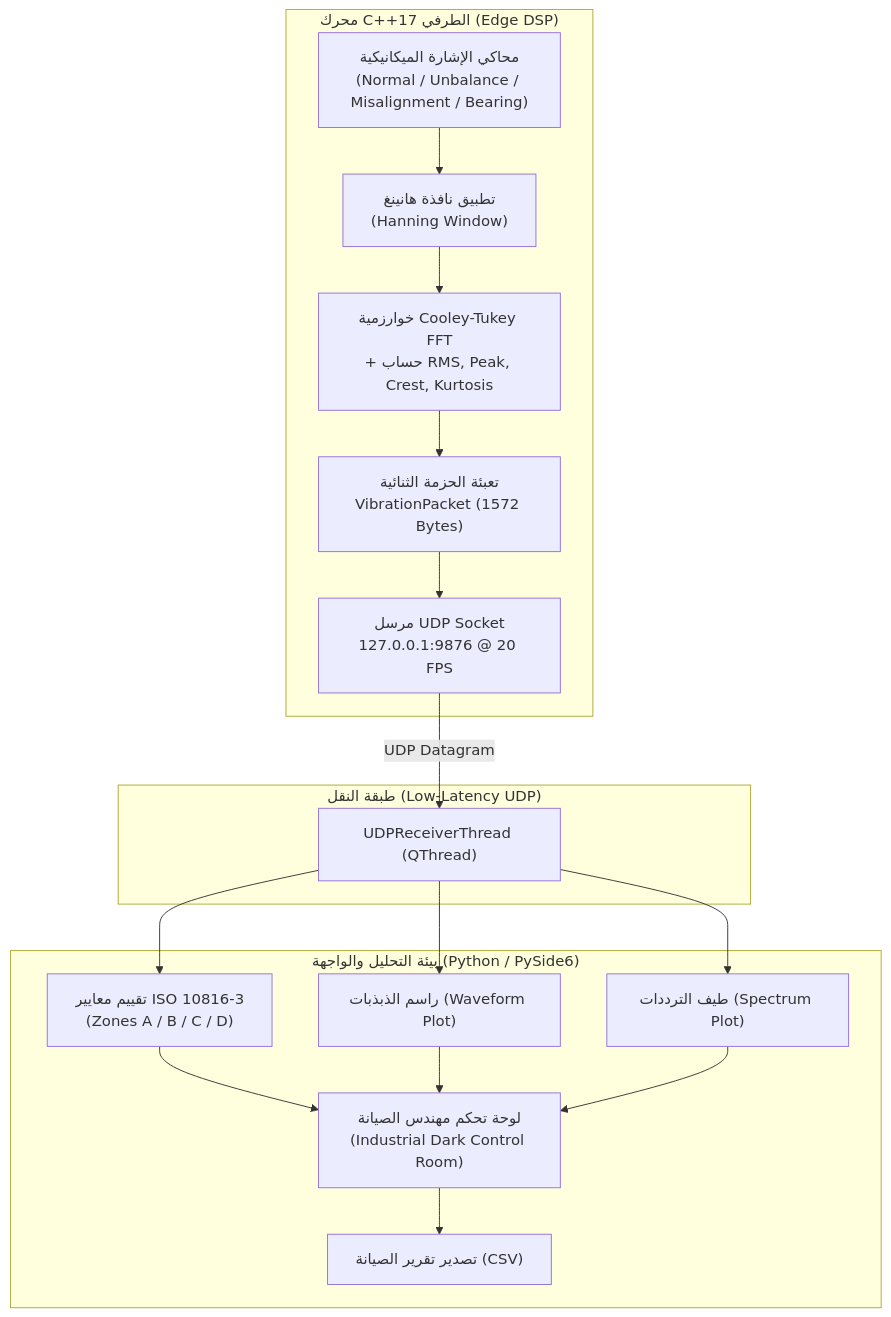
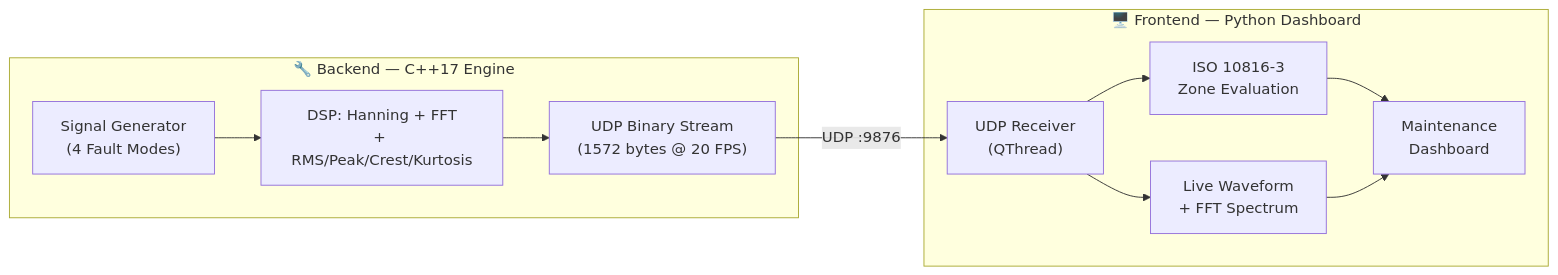
Before and after one commit to AOUEDidris/MechPulse: the diagram in README.md, drawn with Mermaid. The commit also changed other lines of this file and 45 other files, not shown here.

Commit message:
refactor: simplify MechPulse architecture into clean backend and frontend structure

````diff
--- a/README.md
+++ b/README.md
@@ -66,23 +55,16 @@
 ```mermaid
-flowchart TD
-    subgraph Edge ["محرك C++17 الطرفي (Edge DSP)"]
-        S["محاكي الإشارة الميكانيكية<br/>(Normal / Unbalance / Misalignment / Bearing)"] --> W["تطبيق نافذة هانينغ<br/>(Hanning Window)"]
-        W --> F["خوارزمية Cooley-Tukey FFT<br/>+ حساب RMS, Peak, Crest, Kurtosis"]
-        F --> P["تعبئة الحزمة الثنائية<br/>VibrationPacket (1572 Bytes)"]
-        P --> U["مرسل UDP Socket<br/>127.0.0.1:9876 @ 20 FPS"]
+flowchart LR
+    subgraph Backend ["🔧 Backend — C++17 Engine"]
+        A["Signal Generator<br/>(4 Fault Modes)"] --> B["DSP: Hanning + FFT<br/>+ RMS/Peak/Crest/Kurtosis"]
+        B --> C["UDP Binary Stream<br/>(1572 bytes @ 20 FPS)"]
     end
 
-    subgraph Network ["طبقة النقل (Low-Latency UDP)"]
-        U -->|UDP Datagram| R["UDPReceiverThread (QThread)"]
-    end
+    C -->|"UDP :9876"| D
 
-    subgraph Dashboard ["بيئة التحليل والواجهة (Python / PySide6)"]
-        R --> E["تقييم معايير ISO 10816-3<br/>(Zones A / B / C / D)"]
-        R --> PL1["راسم الذبذبات (Waveform Plot)"]
-        R --> PL2["طيف الترددات (Spectrum Plot)"]
-        E --> UI["لوحة تحكم مهندس الصيانة<br/>(Industrial Dark Control Room)"]
-        PL1 --> UI
-        PL2 --> UI
-        UI --> EXP["تصدير تقرير الصيانة (CSV)"]
+    subgraph Frontend ["🖥️ Frontend — Python Dashboard"]
+        D["UDP Receiver<br/>(QThread)"] --> E["ISO 10816-3<br/>Zone Evaluation"]
+        D --> F["Live Waveform<br/>+ FFT Spectrum"]
+        E --> G["Maintenance<br/>Dashboard"]
+        F --> G
     end
 ```
````
